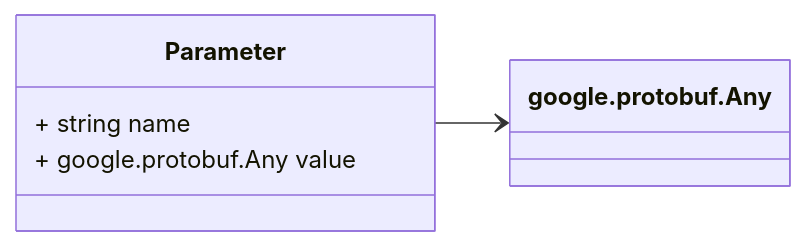
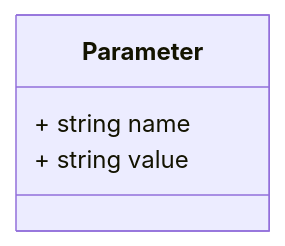
The third of 5 diagrams in docs/task.proto.md (zaphiro-technologies/protobuf), drawn with Mermaid before and after one commit. The commit also changed other lines of this file and 1 other file, not shown here.

````diff
--- a/docs/task.proto.md
+++ b/docs/task.proto.md
@@ -95,13 +94,12 @@
 ```mermaid
 classDiagram
 direction LR
 
 %% A parameter of a `Task` or `Notification`
 
 class Parameter {
   + string name
-  + google.protobuf.Any value
+  + string value
 }
-Parameter --> `google.protobuf.Any`
 
 ```
````
